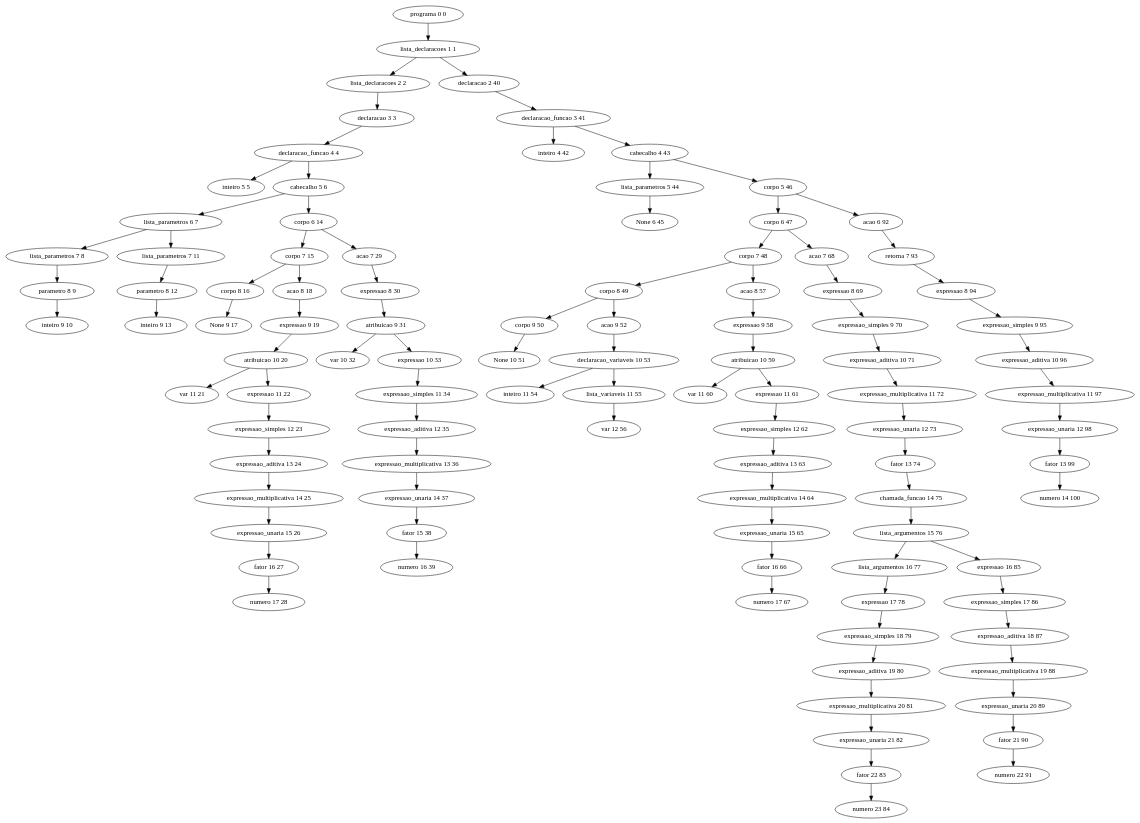
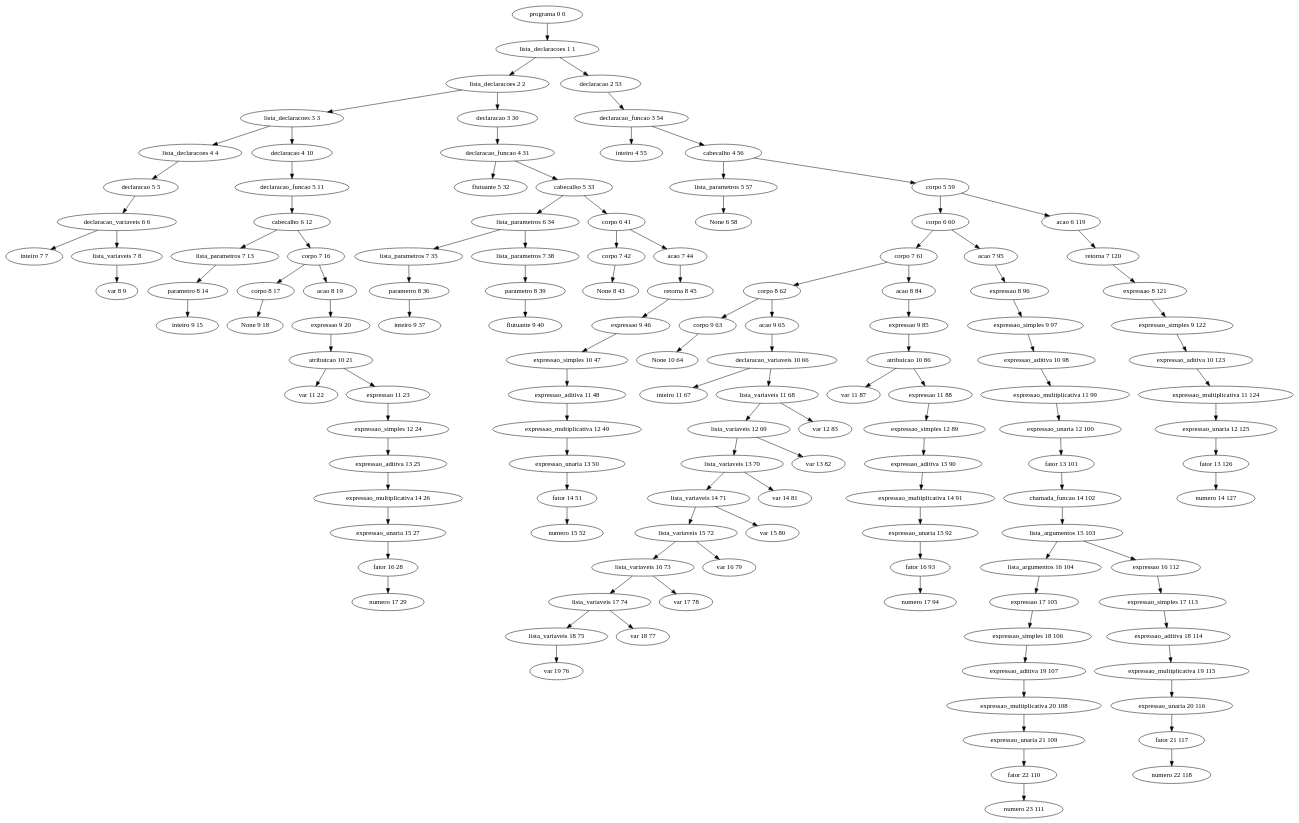
One commit to GuerraUTFPR/CompiladorTPP changed the diagram in Semantica/implementação/GraphOutput.gv. Above: the diagram before and after it, drawn with Graphviz. The commit also changed 8 other files, not shown here.

```diff
--- a/Semantica/implementação/GraphOutput.gv
+++ b/Semantica/implementação/GraphOutput.gv
@@ -1,102 +1,129 @@
 digraph G {
 	"programa 0 0" -> "lista_declaracoes 1 1"
 	"lista_declaracoes 1 1" -> "lista_declaracoes 2 2"
-	"lista_declaracoes 2 2" -> "declaracao 3 3"
-	"declaracao 3 3" -> "declaracao_funcao 4 4"
-	"declaracao_funcao 4 4" -> "inteiro 5 5"
-	"declaracao_funcao 4 4" -> "cabecalho 5 6"
-	"cabecalho 5 6" -> "lista_parametros 6 7"
-	"lista_parametros 6 7" -> "lista_parametros 7 8"
-	"lista_parametros 7 8" -> "parametro 8 9"
-	"parametro 8 9" -> "inteiro 9 10"
-	"lista_parametros 6 7" -> "lista_parametros 7 11"
-	"lista_parametros 7 11" -> "parametro 8 12"
-	"parametro 8 12" -> "inteiro 9 13"
-	"cabecalho 5 6" -> "corpo 6 14"
-	"corpo 6 14" -> "corpo 7 15"
-	"corpo 7 15" -> "corpo 8 16"
-	"corpo 8 16" -> "None 9 17"
-	"corpo 7 15" -> "acao 8 18"
-	"acao 8 18" -> "expressao 9 19"
-	"expressao 9 19" -> "atribuicao 10 20"
-	"atribuicao 10 20" -> "var 11 21"
-	"atribuicao 10 20" -> "expressao 11 22"
-	"expressao 11 22" -> "expressao_simples 12 23"
-	"expressao_simples 12 23" -> "expressao_aditiva 13 24"
-	"expressao_aditiva 13 24" -> "expressao_multiplicativa 14 25"
-	"expressao_multiplicativa 14 25" -> "expressao_unaria 15 26"
-	"expressao_unaria 15 26" -> "fator 16 27"
-	"fator 16 27" -> "numero 17 28"
-	"corpo 6 14" -> "acao 7 29"
-	"acao 7 29" -> "expressao 8 30"
-	"expressao 8 30" -> "atribuicao 9 31"
-	"atribuicao 9 31" -> "var 10 32"
-	"atribuicao 9 31" -> "expressao 10 33"
-	"expressao 10 33" -> "expressao_simples 11 34"
-	"expressao_simples 11 34" -> "expressao_aditiva 12 35"
-	"expressao_aditiva 12 35" -> "expressao_multiplicativa 13 36"
-	"expressao_multiplicativa 13 36" -> "expressao_unaria 14 37"
-	"expressao_unaria 14 37" -> "fator 15 38"
-	"fator 15 38" -> "numero 16 39"
-	"lista_declaracoes 1 1" -> "declaracao 2 40"
-	"declaracao 2 40" -> "declaracao_funcao 3 41"
-	"declaracao_funcao 3 41" -> "inteiro 4 42"
-	"declaracao_funcao 3 41" -> "cabecalho 4 43"
-	"cabecalho 4 43" -> "lista_parametros 5 44"
-	"lista_parametros 5 44" -> "None 6 45"
-	"cabecalho 4 43" -> "corpo 5 46"
-	"corpo 5 46" -> "corpo 6 47"
-	"corpo 6 47" -> "corpo 7 48"
-	"corpo 7 48" -> "corpo 8 49"
-	"corpo 8 49" -> "corpo 9 50"
-	"corpo 9 50" -> "None 10 51"
-	"corpo 8 49" -> "acao 9 52"
-	"acao 9 52" -> "declaracao_variaveis 10 53"
-	"declaracao_variaveis 10 53" -> "inteiro 11 54"
-	"declaracao_variaveis 10 53" -> "lista_variaveis 11 55"
-	"lista_variaveis 11 55" -> "var 12 56"
-	"corpo 7 48" -> "acao 8 57"
-	"acao 8 57" -> "expressao 9 58"
-	"expressao 9 58" -> "atribuicao 10 59"
-	"atribuicao 10 59" -> "var 11 60"
-	"atribuicao 10 59" -> "expressao 11 61"
-	"expressao 11 61" -> "expressao_simples 12 62"
-	"expressao_simples 12 62" -> "expressao_aditiva 13 63"
-	"expressao_aditiva 13 63" -> "expressao_multiplicativa 14 64"
-	"expressao_multiplicativa 14 64" -> "expressao_unaria 15 65"
-	"expressao_unaria 15 65" -> "fator 16 66"
-	"fator 16 66" -> "numero 17 67"
-	"corpo 6 47" -> "acao 7 68"
-	"acao 7 68" -> "expressao 8 69"
-	"expressao 8 69" -> "expressao_simples 9 70"
-	"expressao_simples 9 70" -> "expressao_aditiva 10 71"
-	"expressao_aditiva 10 71" -> "expressao_multiplicativa 11 72"
-	"expressao_multiplicativa 11 72" -> "expressao_unaria 12 73"
-	"expressao_unaria 12 73" -> "fator 13 74"
-	"fator 13 74" -> "chamada_funcao 14 75"
-	"chamada_funcao 14 75" -> "lista_argumentos 15 76"
-	"lista_argumentos 15 76" -> "lista_argumentos 16 77"
-	"lista_argumentos 16 77" -> "expressao 17 78"
-	"expressao 17 78" -> "expressao_simples 18 79"
-	"expressao_simples 18 79" -> "expressao_aditiva 19 80"
-	"expressao_aditiva 19 80" -> "expressao_multiplicativa 20 81"
-	"expressao_multiplicativa 20 81" -> "expressao_unaria 21 82"
-	"expressao_unaria 21 82" -> "fator 22 83"
-	"fator 22 83" -> "numero 23 84"
-	"lista_argumentos 15 76" -> "expressao 16 85"
-	"expressao 16 85" -> "expressao_simples 17 86"
-	"expressao_simples 17 86" -> "expressao_aditiva 18 87"
-	"expressao_aditiva 18 87" -> "expressao_multiplicativa 19 88"
-	"expressao_multiplicativa 19 88" -> "expressao_unaria 20 89"
-	"expressao_unaria 20 89" -> "fator 21 90"
-	"fator 21 90" -> "numero 22 91"
-	"corpo 5 46" -> "acao 6 92"
-	"acao 6 92" -> "retorna 7 93"
-	"retorna 7 93" -> "expressao 8 94"
-	"expressao 8 94" -> "expressao_simples 9 95"
-	"expressao_simples 9 95" -> "expressao_aditiva 10 96"
-	"expressao_aditiva 10 96" -> "expressao_multiplicativa 11 97"
-	"expressao_multiplicativa 11 97" -> "expressao_unaria 12 98"
-	"expressao_unaria 12 98" -> "fator 13 99"
-	"fator 13 99" -> "numero 14 100"
+	"lista_declaracoes 2 2" -> "lista_declaracoes 3 3"
+	"lista_declaracoes 3 3" -> "lista_declaracoes 4 4"
+	"lista_declaracoes 4 4" -> "declaracao 5 5"
+	"declaracao 5 5" -> "declaracao_variaveis 6 6"
+	"declaracao_variaveis 6 6" -> "inteiro 7 7"
+	"declaracao_variaveis 6 6" -> "lista_variaveis 7 8"
+	"lista_variaveis 7 8" -> "var 8 9"
+	"lista_declaracoes 3 3" -> "declaracao 4 10"
+	"declaracao 4 10" -> "declaracao_funcao 5 11"
+	"declaracao_funcao 5 11" -> "cabecalho 6 12"
+	"cabecalho 6 12" -> "lista_parametros 7 13"
+	"lista_parametros 7 13" -> "parametro 8 14"
+	"parametro 8 14" -> "inteiro 9 15"
+	"cabecalho 6 12" -> "corpo 7 16"
+	"corpo 7 16" -> "corpo 8 17"
+	"corpo 8 17" -> "None 9 18"
+	"corpo 7 16" -> "acao 8 19"
+	"acao 8 19" -> "expressao 9 20"
+	"expressao 9 20" -> "atribuicao 10 21"
+	"atribuicao 10 21" -> "var 11 22"
+	"atribuicao 10 21" -> "expressao 11 23"
+	"expressao 11 23" -> "expressao_simples 12 24"
+	"expressao_simples 12 24" -> "expressao_aditiva 13 25"
+	"expressao_aditiva 13 25" -> "expressao_multiplicativa 14 26"
+	"expressao_multiplicativa 14 26" -> "expressao_unaria 15 27"
+	"expressao_unaria 15 27" -> "fator 16 28"
+	"fator 16 28" -> "numero 17 29"
+	"lista_declaracoes 2 2" -> "declaracao 3 30"
+	"declaracao 3 30" -> "declaracao_funcao 4 31"
+	"declaracao_funcao 4 31" -> "flutuante 5 32"
+	"declaracao_funcao 4 31" -> "cabecalho 5 33"
+	"cabecalho 5 33" -> "lista_parametros 6 34"
+	"lista_parametros 6 34" -> "lista_parametros 7 35"
+	"lista_parametros 7 35" -> "parametro 8 36"
+	"parametro 8 36" -> "inteiro 9 37"
+	"lista_parametros 6 34" -> "lista_parametros 7 38"
+	"lista_parametros 7 38" -> "parametro 8 39"
+	"parametro 8 39" -> "flutuante 9 40"
+	"cabecalho 5 33" -> "corpo 6 41"
+	"corpo 6 41" -> "corpo 7 42"
+	"corpo 7 42" -> "None 8 43"
+	"corpo 6 41" -> "acao 7 44"
+	"acao 7 44" -> "retorna 8 45"
+	"retorna 8 45" -> "expressao 9 46"
+	"expressao 9 46" -> "expressao_simples 10 47"
+	"expressao_simples 10 47" -> "expressao_aditiva 11 48"
+	"expressao_aditiva 11 48" -> "expressao_multiplicativa 12 49"
+	"expressao_multiplicativa 12 49" -> "expressao_unaria 13 50"
+	"expressao_unaria 13 50" -> "fator 14 51"
+	"fator 14 51" -> "numero 15 52"
+	"lista_declaracoes 1 1" -> "declaracao 2 53"
+	"declaracao 2 53" -> "declaracao_funcao 3 54"
+	"declaracao_funcao 3 54" -> "inteiro 4 55"
+	"declaracao_funcao 3 54" -> "cabecalho 4 56"
+	"cabecalho 4 56" -> "lista_parametros 5 57"
+	"lista_parametros 5 57" -> "None 6 58"
+	"cabecalho 4 56" -> "corpo 5 59"
+	"corpo 5 59" -> "corpo 6 60"
+	"corpo 6 60" -> "corpo 7 61"
+	"corpo 7 61" -> "corpo 8 62"
+	"corpo 8 62" -> "corpo 9 63"
+	"corpo 9 63" -> "None 10 64"
+	"corpo 8 62" -> "acao 9 65"
+	"acao 9 65" -> "declaracao_variaveis 10 66"
+	"declaracao_variaveis 10 66" -> "inteiro 11 67"
+	"declaracao_variaveis 10 66" -> "lista_variaveis 11 68"
+	"lista_variaveis 11 68" -> "lista_variaveis 12 69"
+	"lista_variaveis 12 69" -> "lista_variaveis 13 70"
+	"lista_variaveis 13 70" -> "lista_variaveis 14 71"
+	"lista_variaveis 14 71" -> "lista_variaveis 15 72"
+	"lista_variaveis 15 72" -> "lista_variaveis 16 73"
+	"lista_variaveis 16 73" -> "lista_variaveis 17 74"
+	"lista_variaveis 17 74" -> "lista_variaveis 18 75"
+	"lista_variaveis 18 75" -> "var 19 76"
+	"lista_variaveis 17 74" -> "var 18 77"
+	"lista_variaveis 16 73" -> "var 17 78"
+	"lista_variaveis 15 72" -> "var 16 79"
+	"lista_variaveis 14 71" -> "var 15 80"
+	"lista_variaveis 13 70" -> "var 14 81"
+	"lista_variaveis 12 69" -> "var 13 82"
+	"lista_variaveis 11 68" -> "var 12 83"
+	"corpo 7 61" -> "acao 8 84"
+	"acao 8 84" -> "expressao 9 85"
+	"expressao 9 85" -> "atribuicao 10 86"
+	"atribuicao 10 86" -> "var 11 87"
+	"atribuicao 10 86" -> "expressao 11 88"
+	"expressao 11 88" -> "expressao_simples 12 89"
+	"expressao_simples 12 89" -> "expressao_aditiva 13 90"
+	"expressao_aditiva 13 90" -> "expressao_multiplicativa 14 91"
+	"expressao_multiplicativa 14 91" -> "expressao_unaria 15 92"
+	"expressao_unaria 15 92" -> "fator 16 93"
+	"fator 16 93" -> "numero 17 94"
+	"corpo 6 60" -> "acao 7 95"
+	"acao 7 95" -> "expressao 8 96"
+	"expressao 8 96" -> "expressao_simples 9 97"
+	"expressao_simples 9 97" -> "expressao_aditiva 10 98"
+	"expressao_aditiva 10 98" -> "expressao_multiplicativa 11 99"
+	"expressao_multiplicativa 11 99" -> "expressao_unaria 12 100"
+	"expressao_unaria 12 100" -> "fator 13 101"
+	"fator 13 101" -> "chamada_funcao 14 102"
+	"chamada_funcao 14 102" -> "lista_argumentos 15 103"
+	"lista_argumentos 15 103" -> "lista_argumentos 16 104"
+	"lista_argumentos 16 104" -> "expressao 17 105"
+	"expressao 17 105" -> "expressao_simples 18 106"
+	"expressao_simples 18 106" -> "expressao_aditiva 19 107"
+	"expressao_aditiva 19 107" -> "expressao_multiplicativa 20 108"
+	"expressao_multiplicativa 20 108" -> "expressao_unaria 21 109"
+	"expressao_unaria 21 109" -> "fator 22 110"
+	"fator 22 110" -> "numero 23 111"
+	"lista_argumentos 15 103" -> "expressao 16 112"
+	"expressao 16 112" -> "expressao_simples 17 113"
+	"expressao_simples 17 113" -> "expressao_aditiva 18 114"
+	"expressao_aditiva 18 114" -> "expressao_multiplicativa 19 115"
+	"expressao_multiplicativa 19 115" -> "expressao_unaria 20 116"
+	"expressao_unaria 20 116" -> "fator 21 117"
+	"fator 21 117" -> "numero 22 118"
+	"corpo 5 59" -> "acao 6 119"
+	"acao 6 119" -> "retorna 7 120"
+	"retorna 7 120" -> "expressao 8 121"
+	"expressao 8 121" -> "expressao_simples 9 122"
+	"expressao_simples 9 122" -> "expressao_aditiva 10 123"
+	"expressao_aditiva 10 123" -> "expressao_multiplicativa 11 124"
+	"expressao_multiplicativa 11 124" -> "expressao_unaria 12 125"
+	"expressao_unaria 12 125" -> "fator 13 126"
+	"fator 13 126" -> "numero 14 127"
 }
```
